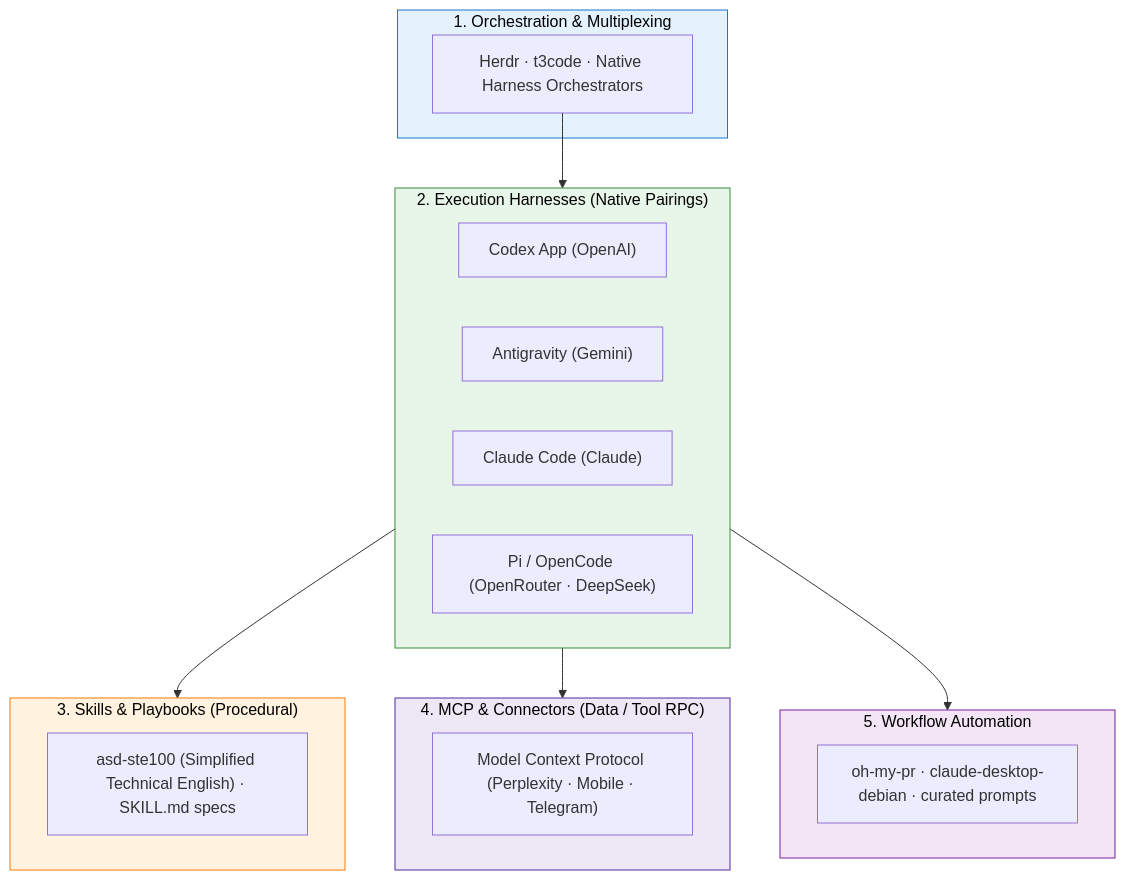
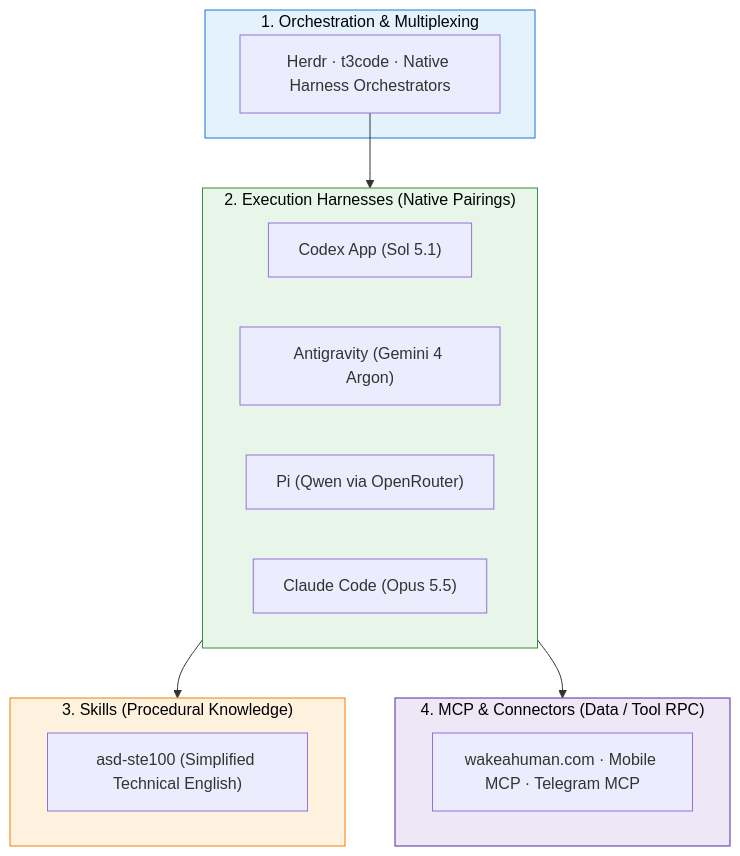
The diagram in content/generative-ai/1-intro/1_genai_environment.md (gel/gel.github.io), drawn with Mermaid before and after one commit. The commit also changed other lines of this file, not shown here.

Commit message:
feat(genai): update harness order, frontier models, and wakeahuman MCP

````diff
--- a/content/generative-ai/1-intro/1_genai_environment.md
+++ b/content/generative-ai/1-intro/1_genai_environment.md
@@ -11,36 +11,30 @@
 ```mermaid
 flowchart TD
     subgraph Layer1["1. Orchestration & Multiplexing"]
         Orch["Herdr · t3code · Native Harness Orchestrators"]
     end
 
     subgraph Layer2["2. Execution Harnesses (Native Pairings)"]
-        H_OpenAI["Codex App (OpenAI)"]
-        H_Google["Antigravity (Gemini)"]
-        H_Anthropic["Claude Code (Claude)"]
-        H_Open["Pi / OpenCode (OpenRouter · DeepSeek)"]
+        H_OpenAI["Codex App (Sol 5.1)"]
+        H_Google["Antigravity (Gemini 4 Argon)"]
+        H_Pi["Pi (Qwen via OpenRouter)"]
+        H_Anthropic["Claude Code (Opus 5.5)"]
     end
 
-    subgraph Layer3["3. Skills & Playbooks (Procedural)"]
-        Skills["asd-ste100 (Simplified Technical English) · SKILL.md specs"]
+    subgraph Layer3["3. Skills (Procedural Knowledge)"]
+        Skills["asd-ste100 (Simplified Technical English)"]
     end
 
     subgraph Layer4["4. MCP & Connectors (Data / Tool RPC)"]
-        MCP["Model Context Protocol (Perplexity · Mobile · Telegram)"]
-    end
-
-    subgraph Layer5["5. Workflow Automation"]
-        Auto["oh-my-pr · claude-desktop-debian · curated prompts"]
+        MCP["wakeahuman.com · Mobile MCP · Telegram MCP"]
     end
 
     Orch --> Layer2
     Layer2 --> Layer3
     Layer2 --> Layer4
-    Layer2 --> Layer5
 
     style Layer1 fill:#e3f2fd,stroke:#1976d2,color:#000
     style Layer2 fill:#e8f5e9,stroke:#388e3c,color:#000
     style Layer3 fill:#fff3e0,stroke:#f57c00,color:#000
     style Layer4 fill:#ede7f6,stroke:#512da8,color:#000
-    style Layer5 fill:#f3e5f5,stroke:#7b1fa2,color:#000
 ```
````
